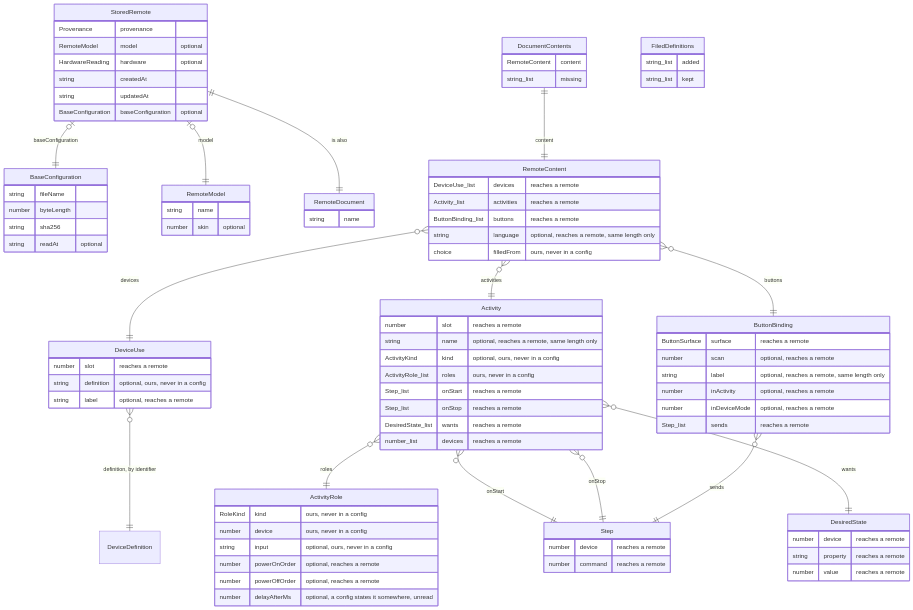
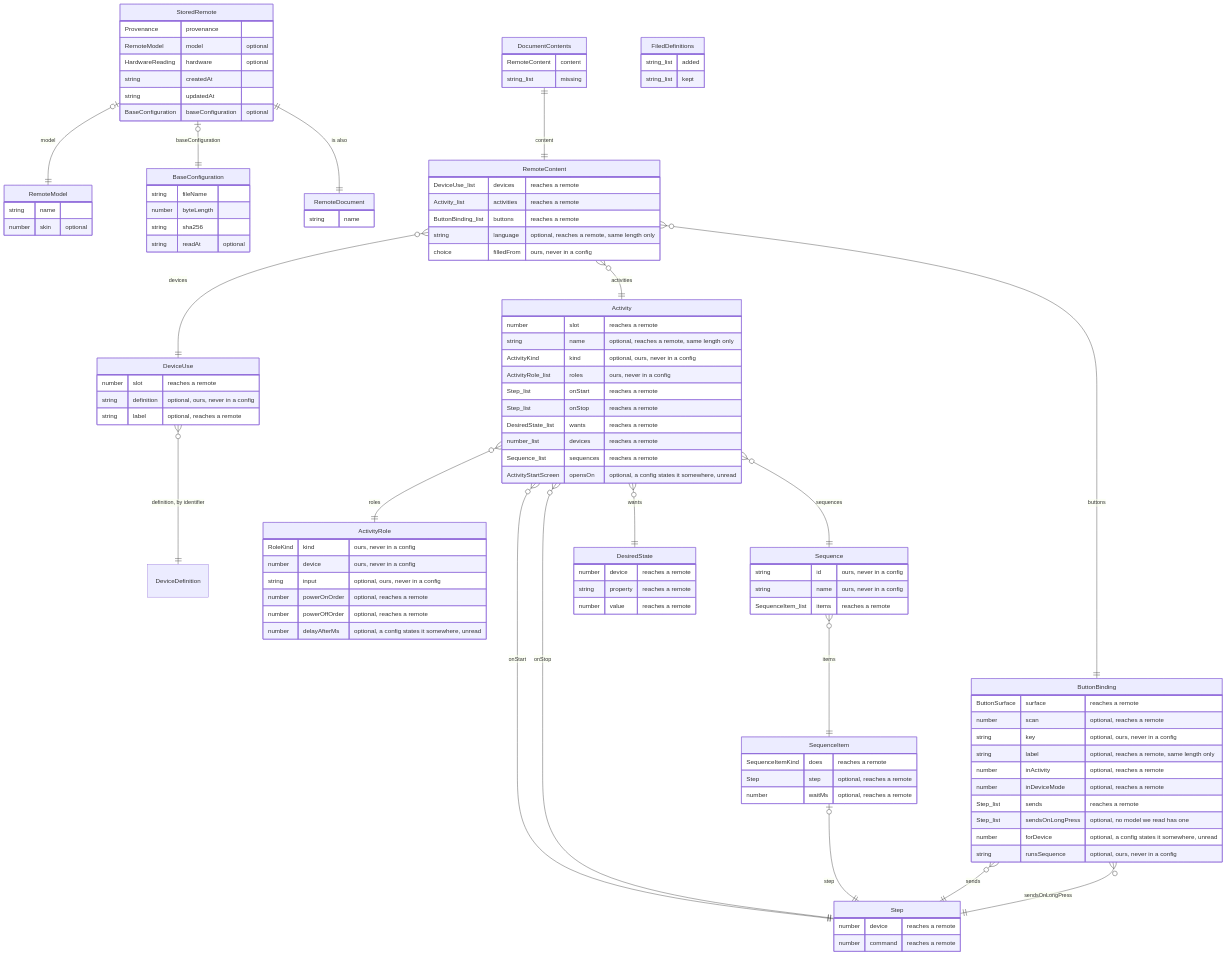
The first of 2 diagrams in docs/data-model.md (dannybloe/FreeHarmony), drawn with Mermaid before and after one commit. The commit also changed other lines of this file and 12 other files, not shown here.

```diff
--- a/docs/data-model.md
+++ b/docs/data-model.md
@@ -69,6 +69,16 @@
     number device "reaches a remote"
     number command "reaches a remote"
   }
+  SequenceItem {
+    SequenceItemKind does "reaches a remote"
+    Step step "optional, reaches a remote"
+    number waitMs "optional, reaches a remote"
+  }
+  Sequence {
+    string id "ours, never in a config"
+    string name "ours, never in a config"
+    SequenceItem_list items "reaches a remote"
+  }
   DesiredState {
     number device "reaches a remote"
     string property "reaches a remote"
@@ -83,14 +93,20 @@
     Step_list onStop "reaches a remote"
     DesiredState_list wants "reaches a remote"
     number_list devices "reaches a remote"
+    Sequence_list sequences "reaches a remote"
+    ActivityStartScreen opensOn "optional, a config states it somewhere, unread"
   }
   ButtonBinding {
     ButtonSurface surface "reaches a remote"
     number scan "optional, reaches a remote"
+    string key "optional, ours, never in a config"
     string label "optional, reaches a remote, same length only"
     number inActivity "optional, reaches a remote"
     number inDeviceMode "optional, reaches a remote"
     Step_list sends "reaches a remote"
+    Step_list sendsOnLongPress "optional, no model we read has one"
+    number forDevice "optional, a config states it somewhere, unread"
+    string runsSequence "optional, ours, never in a config"
   }
   RemoteContent {
     DeviceUse_list devices "reaches a remote"
@@ -110,11 +126,15 @@
   StoredRemote |o--|| RemoteModel : model
   StoredRemote |o--|| BaseConfiguration : baseConfiguration
   StoredRemote ||--|| RemoteDocument : "is also"
+  SequenceItem |o--|| Step : step
+  Sequence }o--|| SequenceItem : items
   Activity }o--|| ActivityRole : roles
   Activity }o--|| Step : onStart
   Activity }o--|| Step : onStop
   Activity }o--|| DesiredState : wants
+  Activity }o--|| Sequence : sequences
   ButtonBinding }o--|| Step : sends
+  ButtonBinding }o--|| Step : sendsOnLongPress
   RemoteContent }o--|| DeviceUse : devices
   RemoteContent }o--|| Activity : activities
   RemoteContent }o--|| ButtonBinding : buttons
```
